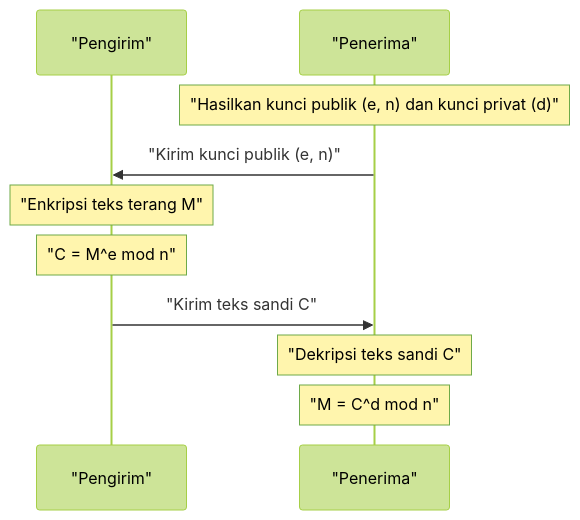
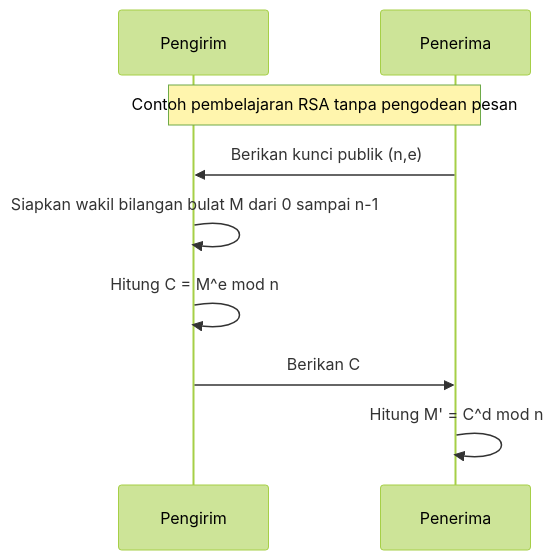
One commit to kenjinote/blog changed the second of 2 diagrams in content/post/fermats-little-theorem/index.id.md. Above: the diagram before and after it, drawn with Mermaid (forest theme). The commit also changed other lines of this file and 5 other files, not shown here.

````diff
--- a/content/post/fermats-little-theorem/index.id.md
+++ b/content/post/fermats-little-theorem/index.id.md
@@ -101,12 +79,11 @@
 ```mermaid
 sequenceDiagram
-    participant Sender as "Pengirim"
-    participant Receiver as "Penerima"
-    Note over Receiver: "Hasilkan kunci publik (e, n) dan kunci privat (d)"
-    Receiver->>Sender: "Kirim kunci publik (e, n)"
-    Note over Sender: "Enkripsi teks terang M"
-    Note over Sender: "C = M^e mod n"
-    Sender->>Receiver: "Kirim teks sandi C"
-    Note over Receiver: "Dekripsi teks sandi C"
-    Note over Receiver: "M = C^d mod n"
+    participant Sender as Pengirim
+    participant Receiver as Penerima
+    Note over Sender,Receiver: Contoh pembelajaran RSA tanpa pengodean pesan
+    Receiver->>Sender: Berikan kunci publik (n,e)
+    Sender->>Sender: Siapkan wakil bilangan bulat M dari 0 sampai n-1
+    Sender->>Sender: Hitung C = M^e mod n
+    Sender->>Receiver: Berikan C
+    Receiver->>Receiver: Hitung M' = C^d mod n
 ```
````
